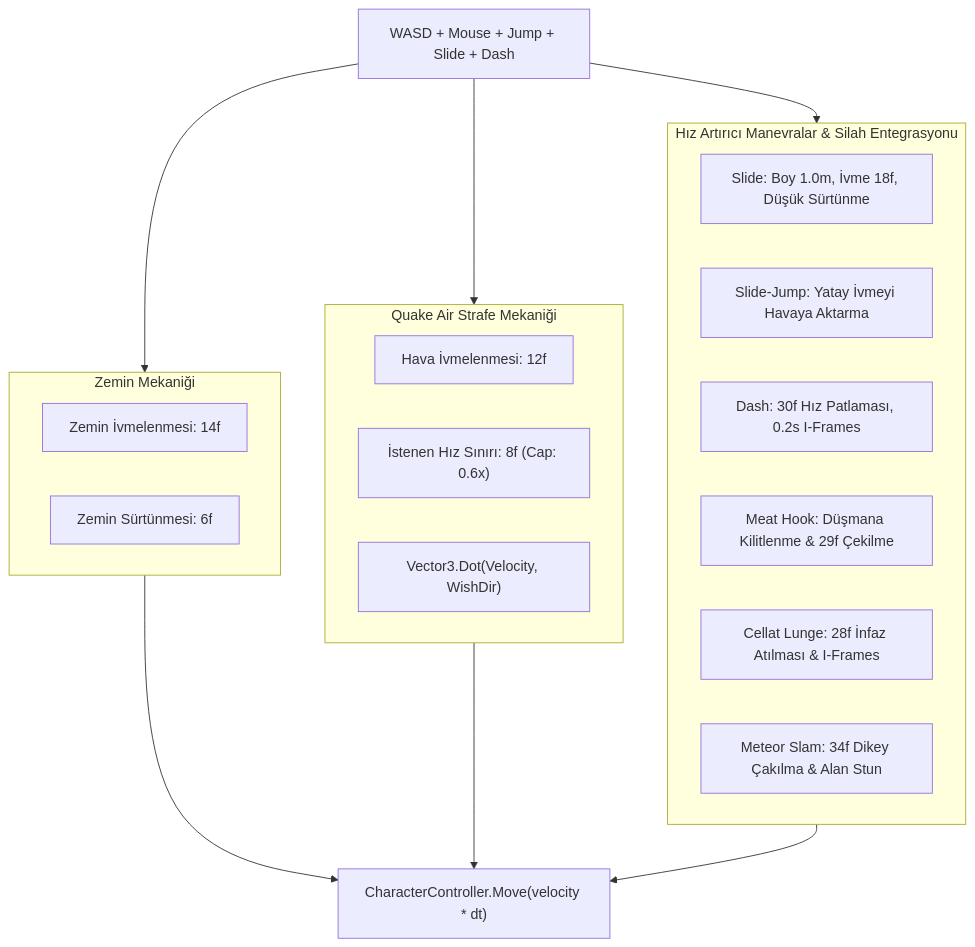
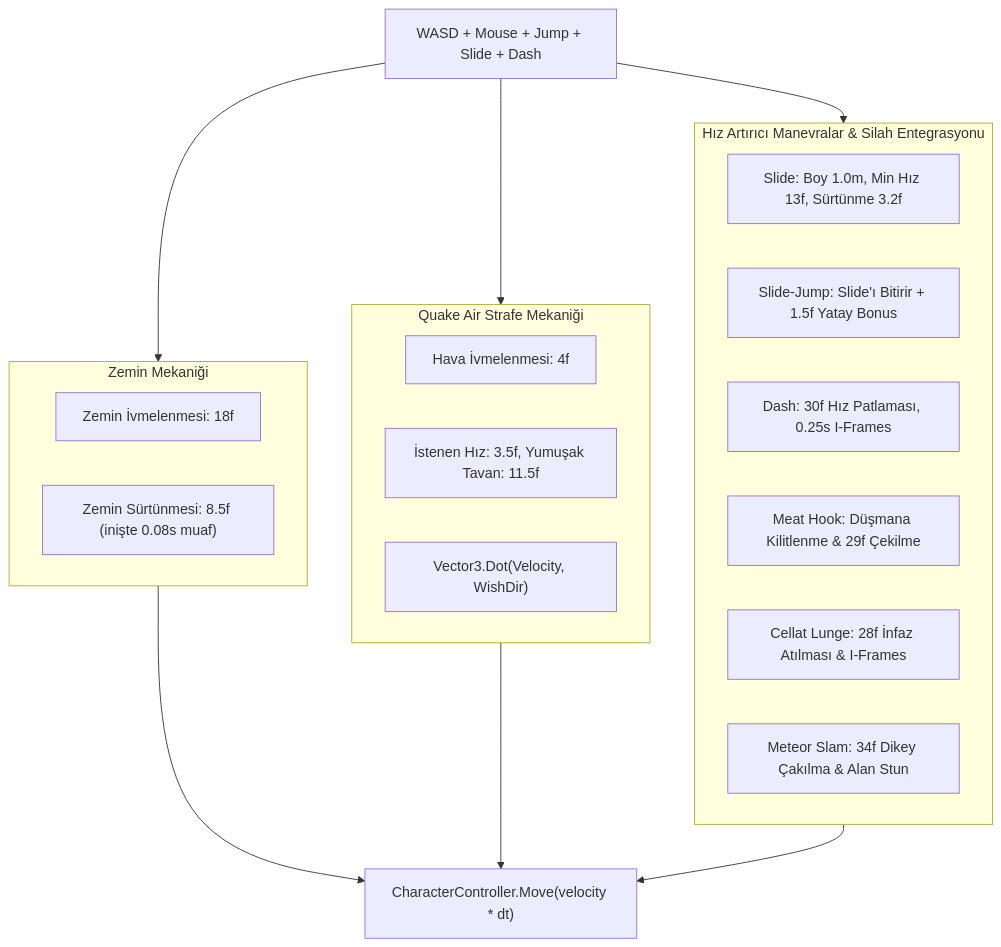
Before and after one commit to HazmaK/Graduation-Project: the diagram in documentation/retro-fps/PlayerMovementArchitecture.md, drawn with Mermaid. The commit also changed other lines of this file and 107 other files, not shown here.

````diff
--- a/documentation/retro-fps/PlayerMovementArchitecture.md
+++ b/documentation/retro-fps/PlayerMovementArchitecture.md
@@ -23,29 +23,29 @@
 ```mermaid
 flowchart TD
     Girdi["WASD + Mouse + Jump + Slide + Dash"]
     
     subgraph ZEMIN_FIZIGI["Zemin Mekaniği"]
-        Acc["Zemin İvmelenmesi: 14f"]
-        Fric["Zemin Sürtünmesi: 6f"]
+        Acc["Zemin İvmelenmesi: 18f"]
+        Fric["Zemin Sürtünmesi: 8.5f (inişte 0.08s muaf)"]
     end
     
     subgraph HAVA_FIZIGI["Quake Air Strafe Mekaniği"]
-        AirAcc["Hava İvmelenmesi: 12f"]
-        WishSpeed["İstenen Hız Sınırı: 8f (Cap: 0.6x)"]
+        AirAcc["Hava İvmelenmesi: 4f"]
+        WishSpeed["İstenen Hız: 3.5f, Yumuşak Tavan: 11.5f"]
         DotProduct["Vector3.Dot(Velocity, WishDir)"]
     end
     
     subgraph AKROBASI["Hız Artırıcı Manevralar & Silah Entegrasyonu"]
-        Slide["Slide: Boy 1.0m, İvme 18f, Düşük Sürtünme"]
-        SlideJump["Slide-Jump: Yatay İvmeyi Havaya Aktarma"]
-        Dash["Dash: 30f Hız Patlaması, 0.2s I-Frames"]
+        Slide["Slide: Boy 1.0m, Min Hız 13f, Sürtünme 3.2f"]
+        SlideJump["Slide-Jump: Slide'ı Bitirir + 1.5f Yatay Bonus"]
+        Dash["Dash: 30f Hız Patlaması, 0.25s I-Frames"]
         Hook["Meat Hook: Düşmana Kilitlenme & 29f Çekilme"]
         Lunge["Cellat Lunge: 28f İnfaz Atılması & I-Frames"]
         Slam["Meteor Slam: 34f Dikey Çakılma & Alan Stun"]
     end
     
     Girdi --> ZEMIN_FIZIGI & HAVA_FIZIGI & AKROBASI
     ZEMIN_FIZIGI --> SonucHiz["CharacterController.Move(velocity * dt)"]
     HAVA_FIZIGI --> SonucHiz
     AKROBASI --> SonucHiz
 ```
````
